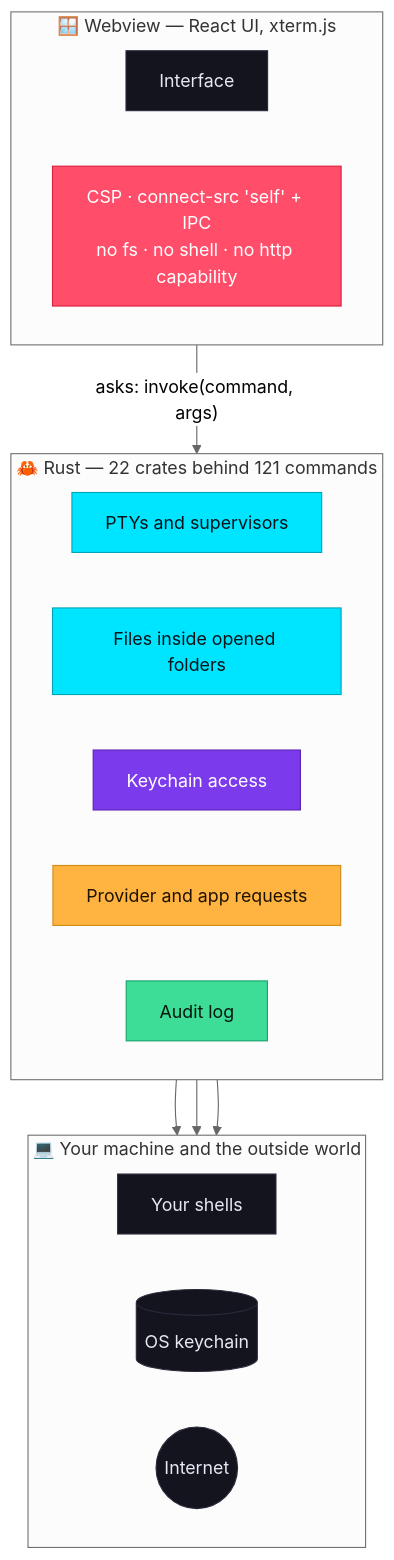
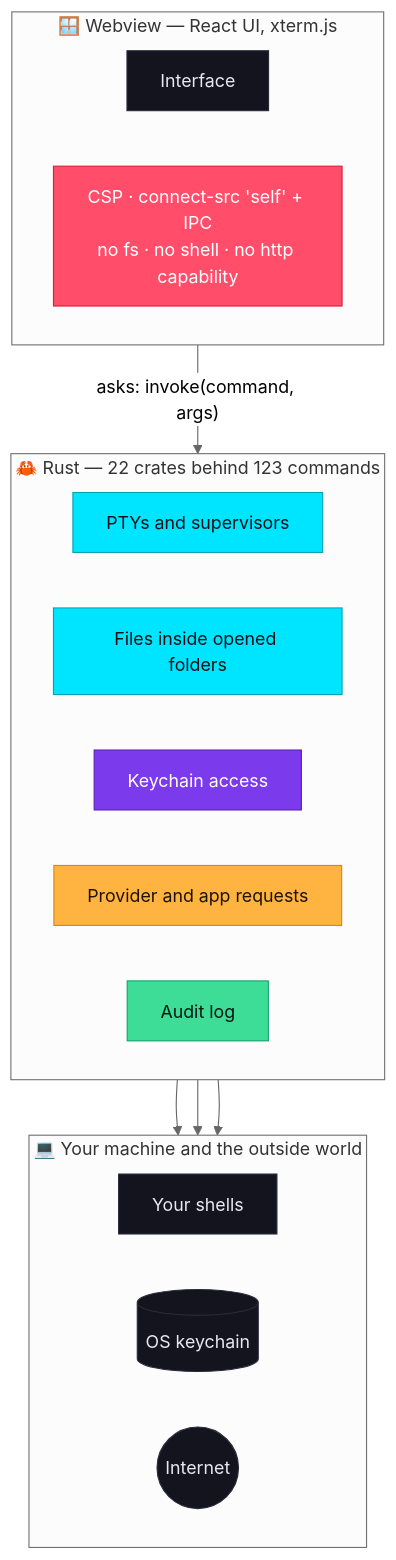
One commit to kartikeyajay2006/jky-terminal changed the first of 3 diagrams in docs/security-and-privacy.md. Above: the diagram before and after it, drawn with Mermaid (neutral theme). The commit also changed other lines of this file and 7 other files, not shown here.

````diff
--- a/docs/security-and-privacy.md
+++ b/docs/security-and-privacy.md
@@ -35,33 +35,33 @@
 ```mermaid
 flowchart TB
     subgraph W["🪟 Webview — React UI, xterm.js"]
         direction LR
         UI[Interface]:::ink
         CSP["CSP · connect-src 'self' + IPC<br/>no fs · no shell · no http capability"]:::red
     end
-    subgraph R["🦀 Rust — 22 crates behind 121 commands"]
+    subgraph R["🦀 Rust — 22 crates behind 123 commands"]
         direction LR
         PTY[PTYs and supervisors]:::cyan
         FS[Files inside opened folders]:::cyan
         SEC[Keychain access]:::violet
         NET[Provider and app requests]:::amber
         AUD[Audit log]:::mint
     end
     subgraph O["💻 Your machine and the outside world"]
         direction LR
         SH[Your shells]:::ink
         KC[(OS keychain)]:::ink
         INET((Internet)):::ink
     end
     UI -- "asks: invoke(command, args)" --> R
     PTY --> SH
     SEC --> KC
     NET --> INET
 
     classDef ink fill:#14141f,stroke:#2a2a3c,color:#e8e8f2
     classDef cyan fill:#00e5ff,stroke:#00a3b5,color:#06141a
     classDef amber fill:#ffb340,stroke:#d18a12,color:#1f1300
     classDef violet fill:#7c3aed,stroke:#5b21b6,color:#ffffff
     classDef mint fill:#3ddc97,stroke:#15a36b,color:#04170f
     classDef red fill:#ff4d6a,stroke:#d91f3d,color:#ffffff
 ```
````
